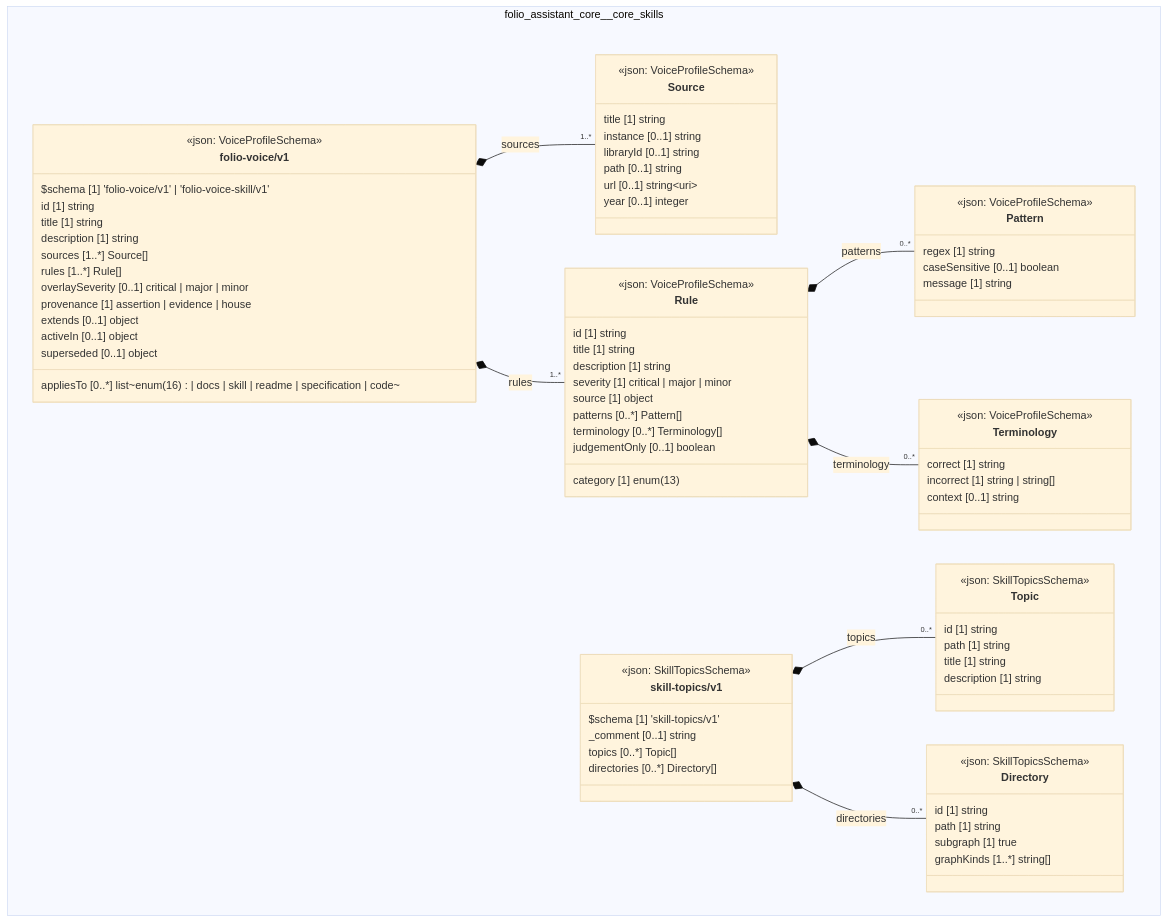
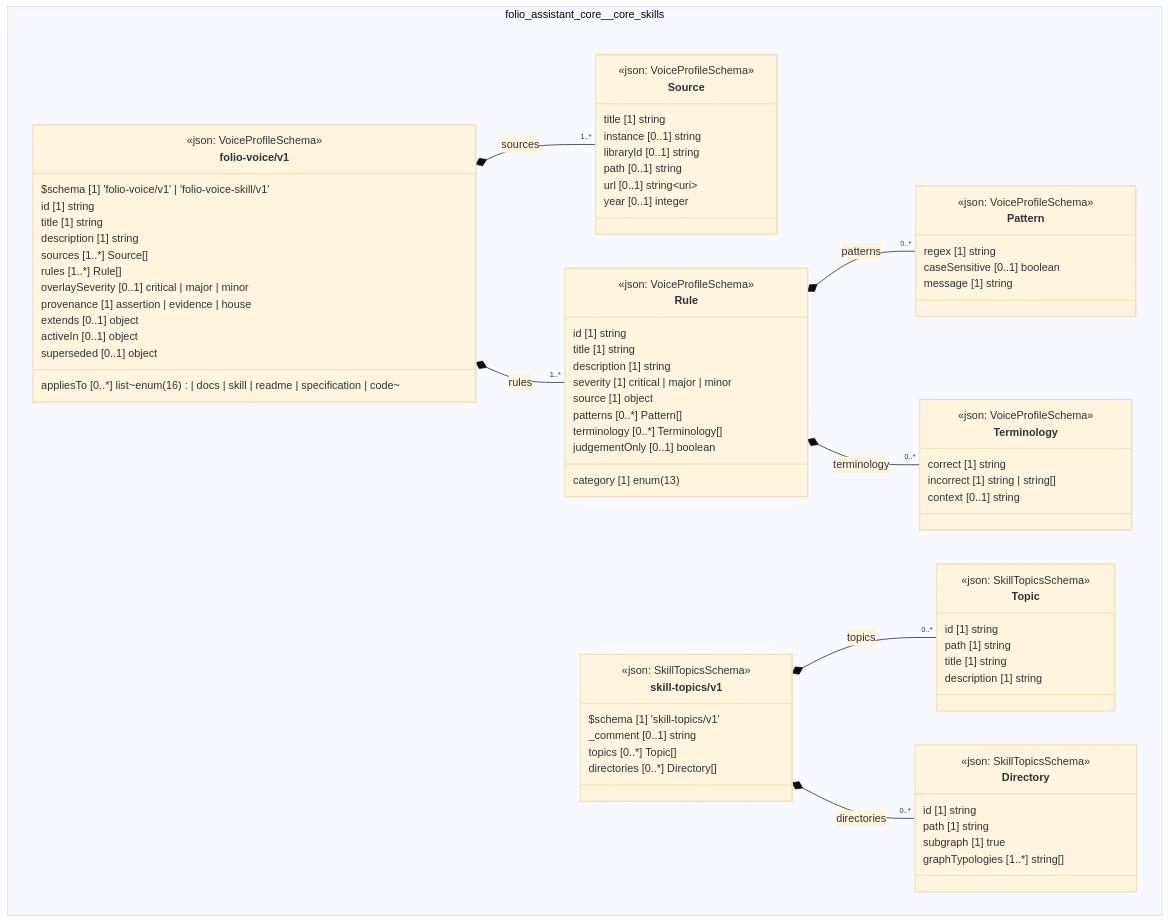
One commit to litlfred/folio-assistant changed the diagram in cat-harness/uml/overview/folio-assistant-core/core-skills.mmd. Above: the diagram before and after it, drawn with Mermaid (base theme). The commit also changed 1369 other files, not shown here.

First line of the commit message:
Rename "graph kind" to "graph typology", everywhere, no alias (#2200)

```diff
--- a/cat-harness/uml/overview/folio-assistant-core/core-skills.mmd
+++ b/cat-harness/uml/overview/folio-assistant-core/core-skills.mmd
@@ -1,87 +1,87 @@
 classDiagram
   direction TB
   namespace folio_assistant_core__core_skills {
     class folio_assistant_core_core_skills_folio_voice_v1_Source["Source"] {
       <<json: VoiceProfileSchema>>
       title [1] string
       instance [0..1] string
       libraryId [0..1] string
       path [0..1] string
       url [0..1] string~uri~
       year [0..1] integer
     }
     class folio_assistant_core_core_skills_folio_voice_v1_Pattern["Pattern"] {
       <<json: VoiceProfileSchema>>
       regex [1] string
       caseSensitive [0..1] boolean
       message [1] string
     }
     class folio_assistant_core_core_skills_folio_voice_v1_Terminology["Terminology"] {
       <<json: VoiceProfileSchema>>
       correct [1] string
       incorrect [1] string | string[]
       context [0..1] string
     }
     class folio_assistant_core_core_skills_folio_voice_v1_Rule["Rule"] {
       <<json: VoiceProfileSchema>>
       id [1] string
       title [1] string
       description [1] string
       category [1] enum(13)
       severity [1] critical | major | minor
       source [1] object
       patterns [0..*] Pattern[]
       terminology [0..*] Terminology[]
       judgementOnly [0..1] boolean
     }
     class folio_assistant_core_core_skills_folio_voice_v1_folio_voice_v1["folio-voice/v1"] {
       <<json: VoiceProfileSchema>>
       $schema [1] 'folio-voice/v1' | 'folio-voice-skill/v1'
       id [1] string
       title [1] string
       description [1] string
       sources [1..*] Source[]
       rules [1..*] Rule[]
       overlaySeverity [0..1] critical | major | minor
       appliesTo [0..*] list~enum(16) | docs | skill | readme | specification | code~
       provenance [1] assertion | evidence | house
       extends [0..1] object
       activeIn [0..1] object
       superseded [0..1] object
     }
     class folio_assistant_core_core_skills_skill_topics_v1_Topic["Topic"] {
       <<json: SkillTopicsSchema>>
       id [1] string
       path [1] string
       title [1] string
       description [1] string
     }
     class folio_assistant_core_core_skills_skill_topics_v1_Directory["Directory"] {
       <<json: SkillTopicsSchema>>
       id [1] string
       path [1] string
       subgraph [1] true
-      graphKinds [1..*] string[]
+      graphTypologies [1..*] string[]
     }
     class folio_assistant_core_core_skills_skill_topics_v1_skill_topics_v1["skill-topics/v1"] {
       <<json: SkillTopicsSchema>>
       $schema [1] 'skill-topics/v1'
       _comment [0..1] string
       topics [0..*] Topic[]
       directories [0..*] Directory[]
     }
   }
   folio_assistant_core_core_skills_folio_voice_v1_folio_voice_v1 *-- "1..*" folio_assistant_core_core_skills_folio_voice_v1_Source : sources
   folio_assistant_core_core_skills_folio_voice_v1_Rule *-- "0..*" folio_assistant_core_core_skills_folio_voice_v1_Pattern : patterns
   folio_assistant_core_core_skills_folio_voice_v1_Rule *-- "0..*" folio_assistant_core_core_skills_folio_voice_v1_Terminology : terminology
   folio_assistant_core_core_skills_folio_voice_v1_folio_voice_v1 *-- "1..*" folio_assistant_core_core_skills_folio_voice_v1_Rule : rules
   folio_assistant_core_core_skills_skill_topics_v1_skill_topics_v1 *-- "0..*" folio_assistant_core_core_skills_skill_topics_v1_Topic : topics
   folio_assistant_core_core_skills_skill_topics_v1_skill_topics_v1 *-- "0..*" folio_assistant_core_core_skills_skill_topics_v1_Directory : directories
   cssClass "folio_assistant_core_core_skills_folio_voice_v1_Source" fa_uml_kind_skills
   cssClass "folio_assistant_core_core_skills_folio_voice_v1_Pattern" fa_uml_kind_skills
   cssClass "folio_assistant_core_core_skills_folio_voice_v1_Terminology" fa_uml_kind_skills
   cssClass "folio_assistant_core_core_skills_folio_voice_v1_Rule" fa_uml_kind_skills
   cssClass "folio_assistant_core_core_skills_folio_voice_v1_folio_voice_v1" fa_uml_kind_skills
   cssClass "folio_assistant_core_core_skills_skill_topics_v1_Topic" fa_uml_kind_skills
   cssClass "folio_assistant_core_core_skills_skill_topics_v1_Directory" fa_uml_kind_skills
   cssClass "folio_assistant_core_core_skills_skill_topics_v1_skill_topics_v1" fa_uml_kind_skills
```
